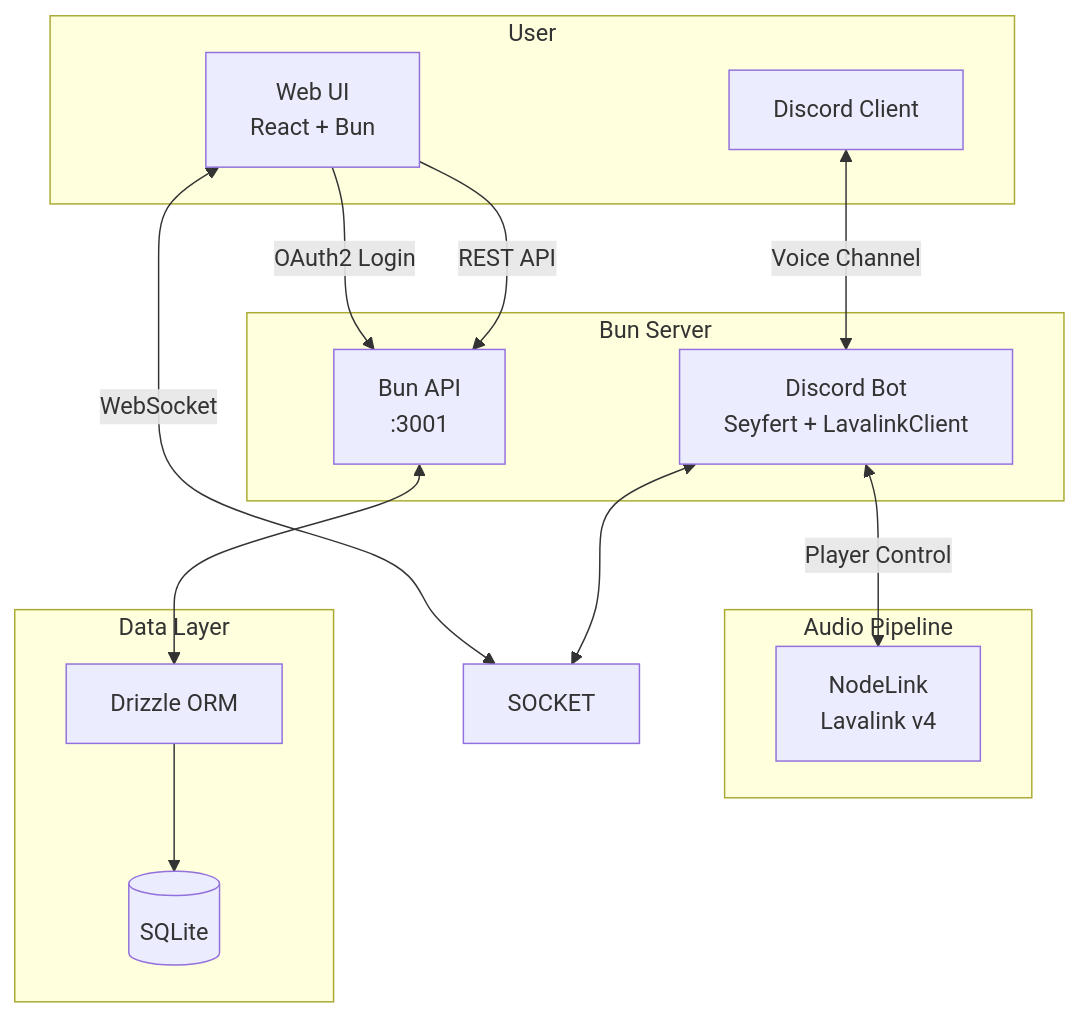
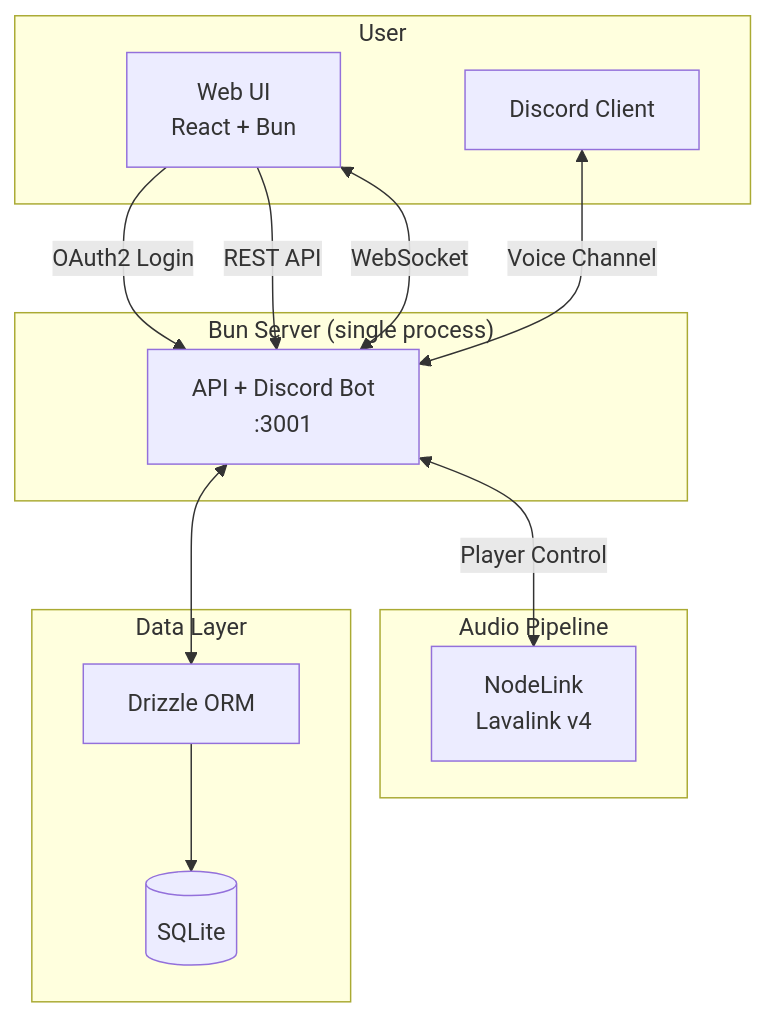
One commit to ebears/alfira changed the diagram in docs/tech-stack.md. Above: the diagram before and after it, drawn with Mermaid. The commit also changed other lines of this file and 18 other files, not shown here.

````diff
--- a/docs/tech-stack.md
+++ b/docs/tech-stack.md
@@ -18,37 +18,35 @@
 ```mermaid
 flowchart TB
     subgraph User
         WEB[Web UI<br/>React + Bun]
         DISC[Discord Client]
     end
 
-    subgraph Server["Bun Server"]
-        API[Bun API<br/>:3001]
-        BOT[Discord Bot<br/>Seyfert + LavalinkClient]
+    subgraph Server["Bun Server (single process)"]
+        APP[API + Discord Bot<br/>:3001]
     end
 
     subgraph Audio["Audio Pipeline"]
         NL[NodeLink<br/>Lavalink v4]
     end
 
     subgraph Data["Data Layer"]
         DRIZZLE[Drizzle ORM]
         DB[(SQLite)]
     end
 
     %% User interactions
-    WEB -->|OAuth2 Login| API
-    WEB -->|REST API| API
-    WEB <-->|WebSocket| SOCKET
-    DISC <-->|Voice Channel| BOT
+    WEB -->|OAuth2 Login| APP
+    WEB -->|REST API| APP
+    WEB <-->|WebSocket| APP
+    DISC <-->|Voice Channel| APP
 
     %% Server internal
-    API <--> DRIZZLE
-    BOT <--> SOCKET
+    APP <--> DRIZZLE
 
     %% Audio pipeline
-    BOT <-->|Player Control| NL
+    APP <-->|Player Control| NL
 
     %% Database
     DRIZZLE --> DB
 ```
````
